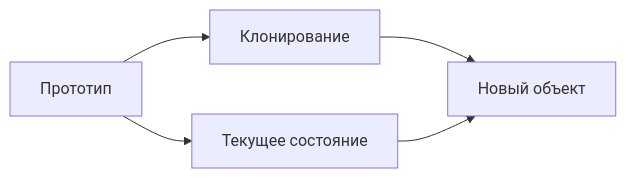
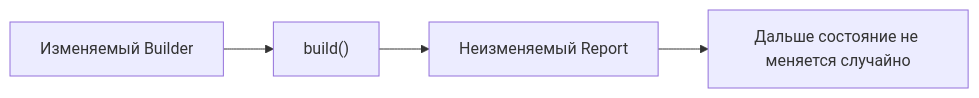
Before and after one commit to Kert0n/KPO: the ninth of 15 diagrams in lectures/Lec4/vitepress.md, drawn with Mermaid. The commit also changed other lines of this file and 3 other files, not shown here.

````diff
--- a/lectures/Lec4/vitepress.md
+++ b/lectures/Lec4/vitepress.md
@@ -1152,7 +1127,6 @@
 ```mermaid
 flowchart LR
-    Prototype[Прототип] --> Clone[Клонирование]
-    Clone --> Copy[Новый объект]
-    Prototype --> State[Текущее состояние]
-    State --> Copy
+  Mutable[Изменяемый Builder] --> Build["build()"]
+  Build --> Immutable[Неизменяемый Report]
+  Immutable --> Safe[Дальше состояние не меняется случайно]
 ```
````
